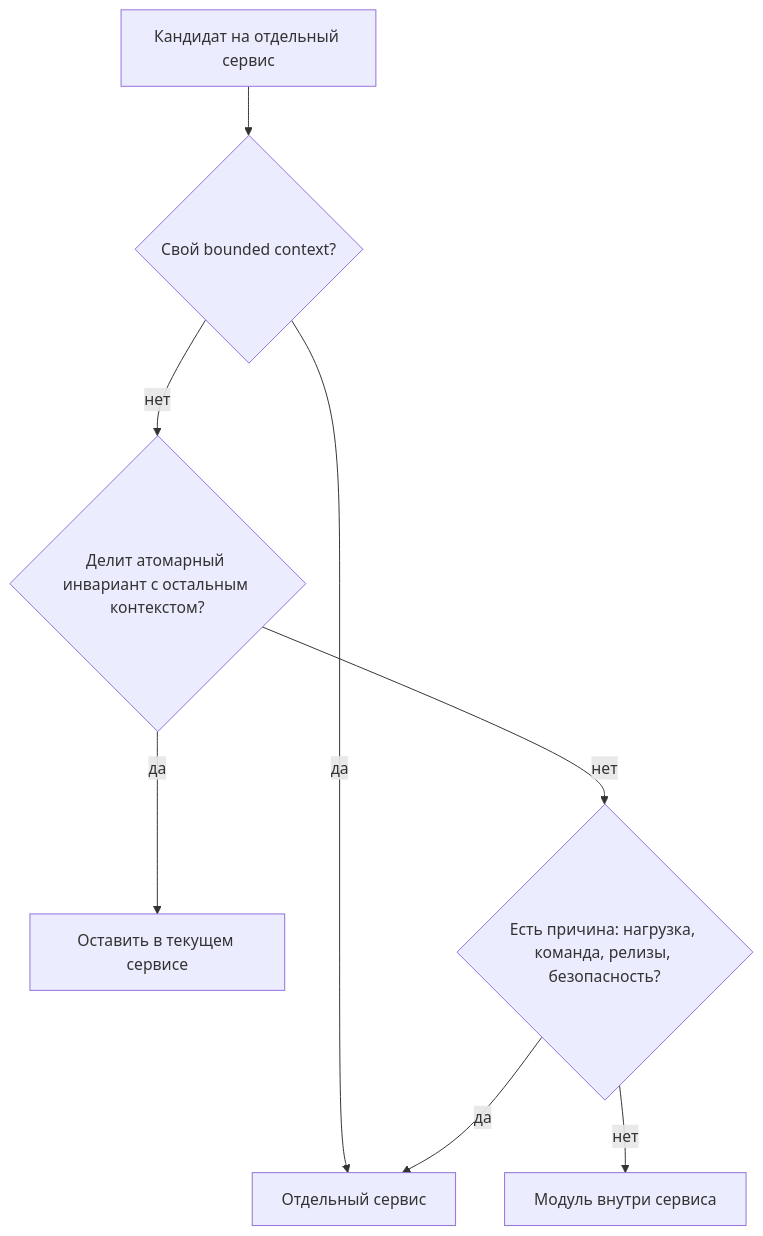
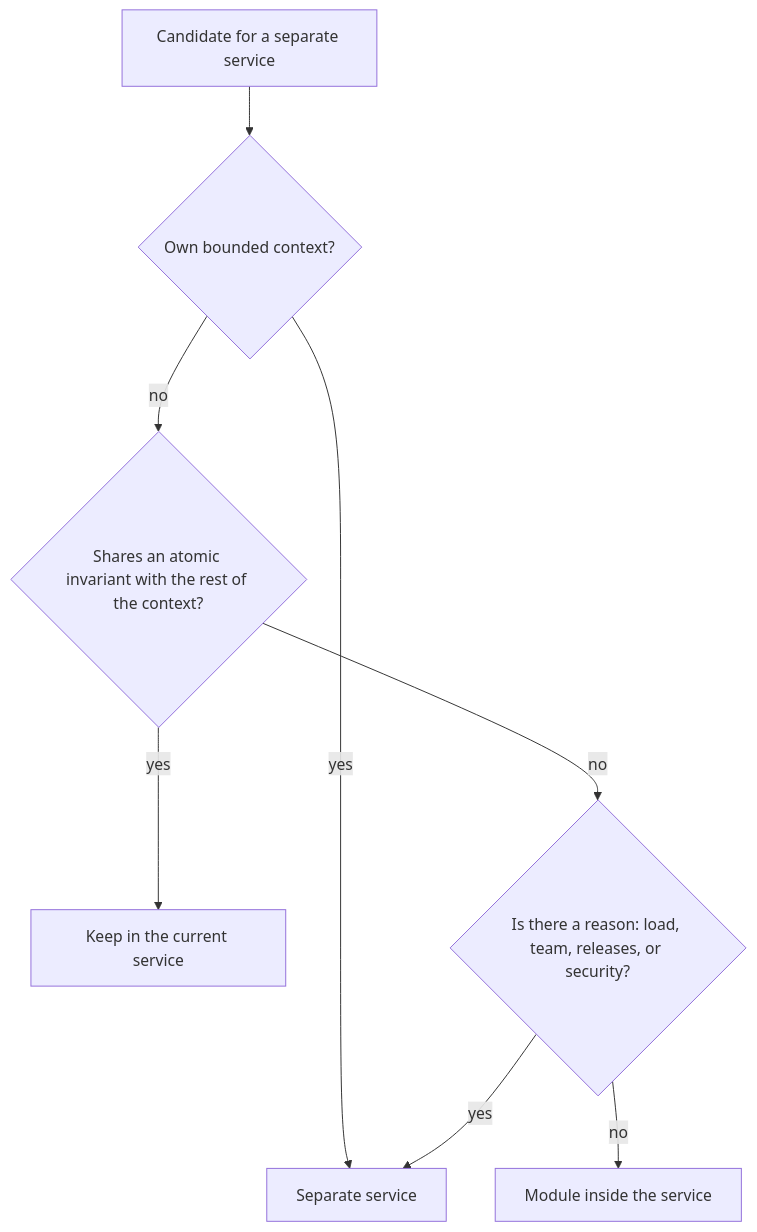
One commit to pavel-skripko-innowise/inno-fe-be-a1 changed the second of 4 diagrams in courses-content/backend/B/1/en/0.1 Декомпозиция на микросервисы.md. Above: the diagram before and after it, drawn with Mermaid. The commit also changed other lines of this file and 35 other files, not shown here.

````diff
--- a/courses-content/backend/B/1/en/0.1 Декомпозиция на микросервисы.md
+++ b/courses-content/backend/B/1/en/0.1 Декомпозиция на микросервисы.md
@@ -140,10 +140,10 @@
 ```mermaid
 flowchart TD
-  Start[Кандидат на отдельный сервис] --> Ctx{Свой bounded context?}
-  Ctx -- да --> Split[Отдельный сервис]
-  Ctx -- нет --> Inv{Делит атомарный инвариант с остальным контекстом?}
-  Inv -- да --> Keep[Оставить в текущем сервисе]
-  Inv -- нет --> Reason{"Есть причина: нагрузка, команда, релизы, безопасность?"}
-  Reason -- нет --> Module[Модуль внутри сервиса]
-  Reason -- да --> Split
+  Start[Candidate for a separate service] --> Ctx{"Own bounded context?"}
+  Ctx -- yes --> Split[Separate service]
+  Ctx -- no --> Inv{"Shares an atomic invariant with the rest of the context?"}
+  Inv -- yes --> Keep[Keep in the current service]
+  Inv -- no --> Reason{"Is there a reason: load, team, releases, or security?"}
+  Reason -- no --> Module[Module inside the service]
+  Reason -- yes --> Split
 ```
````
